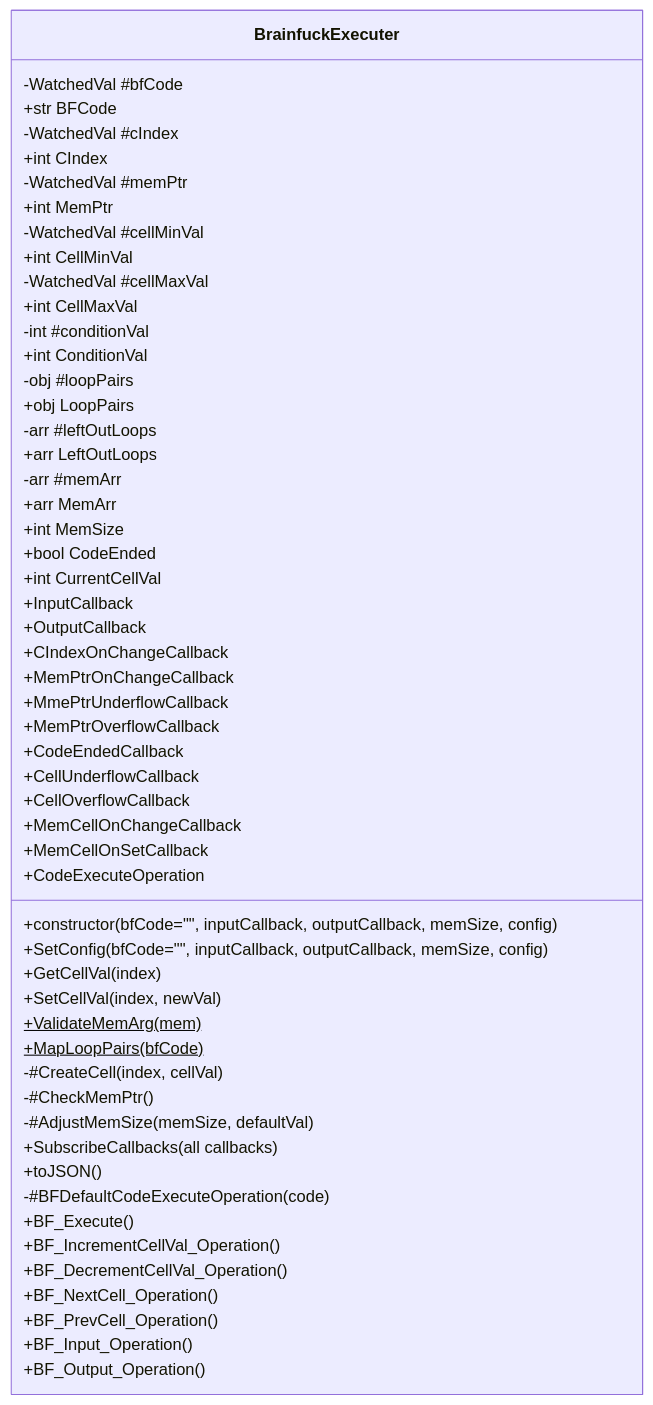
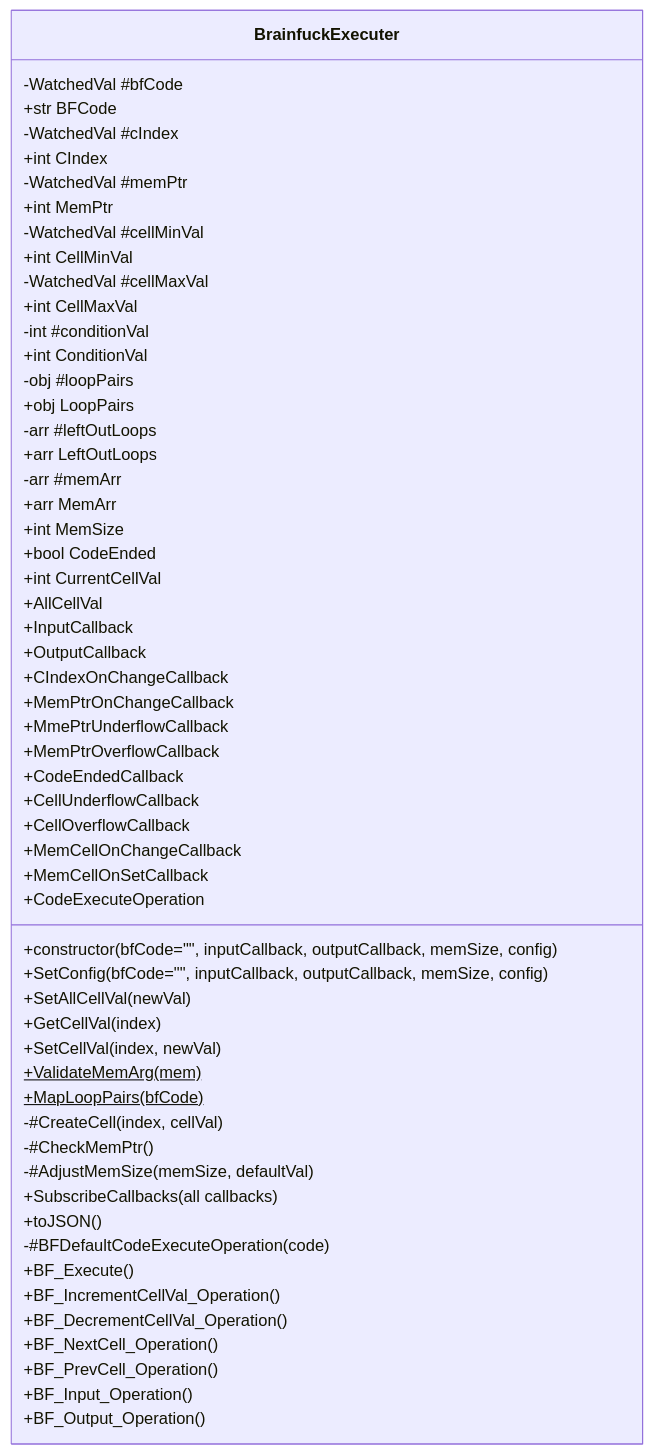
One commit to BCS21090011/BrainFucker changed the first of 43 diagrams in Classes_Info/BrainfuckExecuter.md. Above: the diagram before and after it, drawn with Mermaid. The commit also changed other lines of this file and 1 other file, not shown here.

Commit message:
Added SetAllCellVal, AllCellVal, and EnsureInt in SetCellVal

````diff
--- a/Classes_Info/BrainfuckExecuter.md
+++ b/Classes_Info/BrainfuckExecuter.md
@@ -5,63 +5,65 @@
 ```mermaid
 classDiagram
 
 class BrainfuckExecuter {
     -WatchedVal #bfCode
     +str BFCode
     -WatchedVal #cIndex
     +int CIndex
     -WatchedVal #memPtr
     +int MemPtr
     -WatchedVal #cellMinVal
     +int CellMinVal
     -WatchedVal #cellMaxVal
     +int CellMaxVal
 
     -int #conditionVal
     +int ConditionVal
     -obj #loopPairs
     +obj LoopPairs
     -arr #leftOutLoops
     +arr LeftOutLoops
     -arr #memArr
     +arr MemArr
 
     +int MemSize
     +bool CodeEnded
     +int CurrentCellVal
+    +AllCellVal
 
     +InputCallback
     +OutputCallback
     +CIndexOnChangeCallback
     +MemPtrOnChangeCallback
     +MmePtrUnderflowCallback
     +MemPtrOverflowCallback
     +CodeEndedCallback
     +CellUnderflowCallback
     +CellOverflowCallback
     +MemCellOnChangeCallback
     +MemCellOnSetCallback
     +CodeExecuteOperation
 
     +constructor(bfCode="", inputCallback, outputCallback, memSize, config)
     +SetConfig(bfCode="", inputCallback, outputCallback, memSize, config)
+    +SetAllCellVal(newVal)
     +GetCellVal(index)
     +SetCellVal(index, newVal)
     +ValidateMemArg(mem)$
     +MapLoopPairs(bfCode)$
     -#CreateCell(index, cellVal)
     -#CheckMemPtr()
     -#AdjustMemSize(memSize, defaultVal)
     +SubscribeCallbacks(all callbacks)
     +toJSON()
 
     -#BFDefaultCodeExecuteOperation(code)
     +BF_Execute()
     +BF_IncrementCellVal_Operation()
     +BF_DecrementCellVal_Operation()
     +BF_NextCell_Operation()
     +BF_PrevCell_Operation()
     +BF_Input_Operation()
     +BF_Output_Operation()
 }
 ```
````
